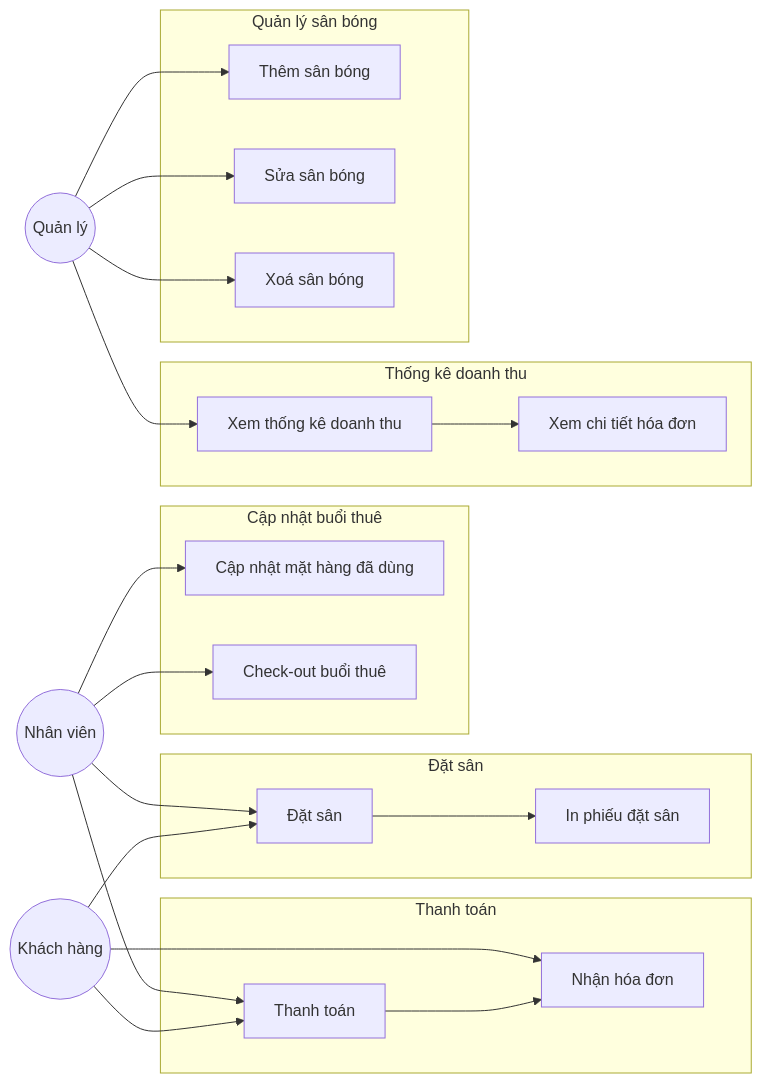
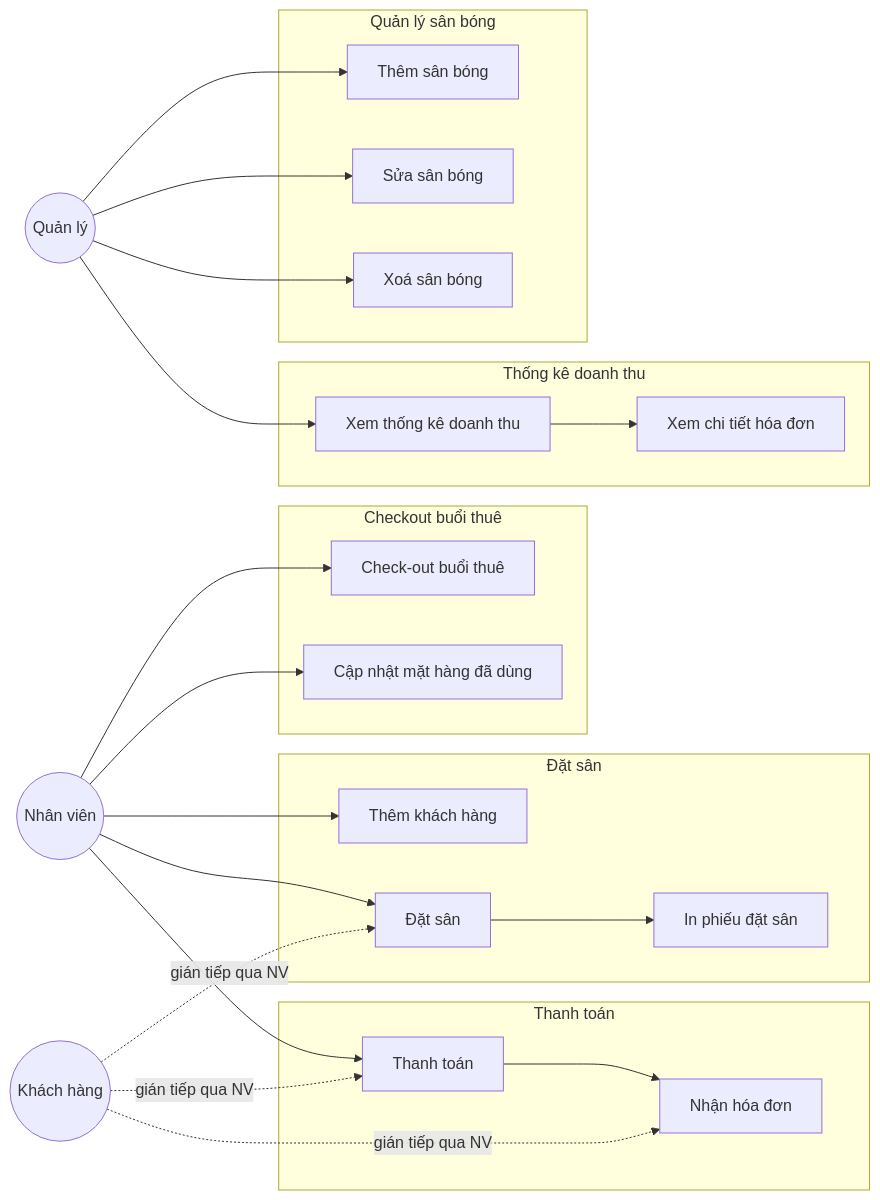
One commit to hinorashi/qlsb changed the first of 7 diagrams in BAOCAO.md. Above: the diagram before and after it, drawn with Mermaid. The commit also changed other lines of this file, not shown here.

Commit message:
update lại usecase và class diagram

````diff
--- a/BAOCAO.md
+++ b/BAOCAO.md
@@ -52,56 +52,57 @@
 ```mermaid
 %%{init: {'theme': 'default'}}%%
 graph LR
     actor_KH((Khách hàng))
     actor_NV((Nhân viên))
     actor_QL((Quản lý))
 
+    %% SUBGRAPH: QUẢN LÝ SÂN BÓNG
+    subgraph Quản lý sân bóng
+        UC_ThemSan[Thêm sân bóng]
+        UC_SuaSan[Sửa sân bóng]
+        UC_XoaSan[Xoá sân bóng]
+    end
+
     %% SUBGRAPH: ĐẶT SÂN
     subgraph Đặt sân
         UC_DatSan[Đặt sân]
+        UC_ThemKhachHang[Thêm khách hàng]
         UC_InPhieu[In phiếu đặt sân]
         UC_DatSan --> UC_InPhieu
     end
 
-    %% SUBGRAPH: MẶT HÀNG & CHECKOUT
-    subgraph Cập nhật buổi thuê
+    %% SUBGRAPH: CHECKOUT & CẬP NHẬT MẶT HÀNG ĐÃ DÙNG
+    subgraph Checkout buổi thuê
+        UC_CheckOut[Check-out buổi thuê]
         UC_CapNhatMatHang[Cập nhật mặt hàng đã dùng]
-        UC_CheckOut[Check-out buổi thuê]
     end
 
     %% SUBGRAPH: THANH TOÁN
     subgraph Thanh toán
         UC_TraTien[Thanh toán]
         UC_NhanHoaDon[Nhận hóa đơn]
         UC_TraTien --> UC_NhanHoaDon
     end
 
     %% SUBGRAPH: THỐNG KÊ
     subgraph Thống kê doanh thu
         UC_XemTK[Xem thống kê doanh thu]
         UC_XemChiTietHoaDon[Xem chi tiết hóa đơn]
         UC_XemTK --> UC_XemChiTietHoaDon
     end
 
-    %% SUBGRAPH: QUẢN LÝ SÂN BÓNG
-    subgraph Quản lý sân bóng
-        UC_ThemSan[Thêm sân bóng]
-        UC_SuaSan[Sửa sân bóng]
-        UC_XoaSan[Xoá sân bóng]
-    end
-
     %% LIÊN KẾT
-    actor_KH --> UC_DatSan
-    actor_KH --> UC_TraTien
-    actor_KH --> UC_NhanHoaDon
-
-    actor_NV --> UC_DatSan
-    actor_NV --> UC_CapNhatMatHang
-    actor_NV --> UC_CheckOut
-    actor_NV --> UC_TraTien
-
     actor_QL --> UC_ThemSan
     actor_QL --> UC_SuaSan
     actor_QL --> UC_XoaSan
     actor_QL --> UC_XemTK
+
+    actor_NV --> UC_CheckOut
+    actor_NV --> UC_CapNhatMatHang
+    actor_NV --> UC_ThemKhachHang
+    actor_NV --> UC_DatSan
+    actor_KH -. gián tiếp qua NV .-> UC_DatSan
+    actor_NV --> UC_TraTien
+    actor_KH -. gián tiếp qua NV .-> UC_TraTien
+    actor_KH -. gián tiếp qua NV .-> UC_NhanHoaDon
 ```
````
